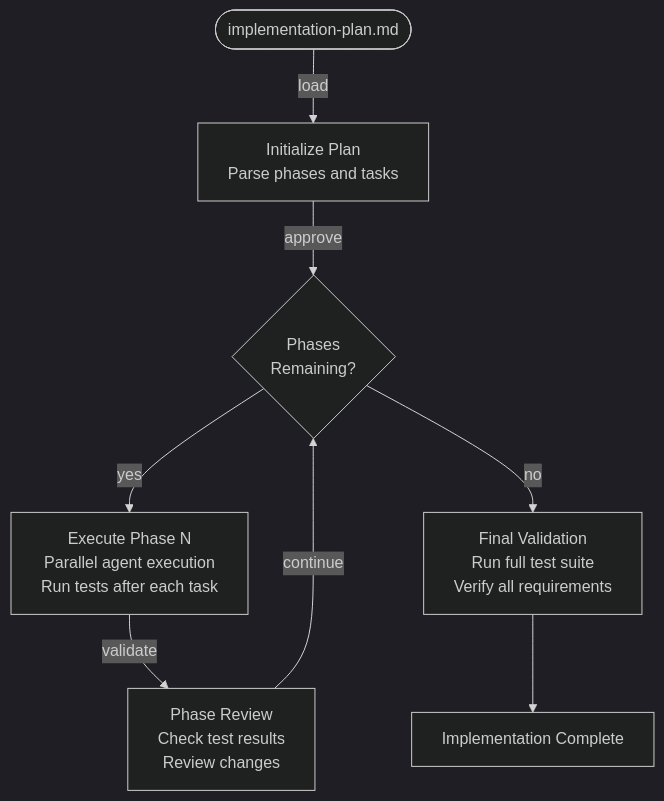
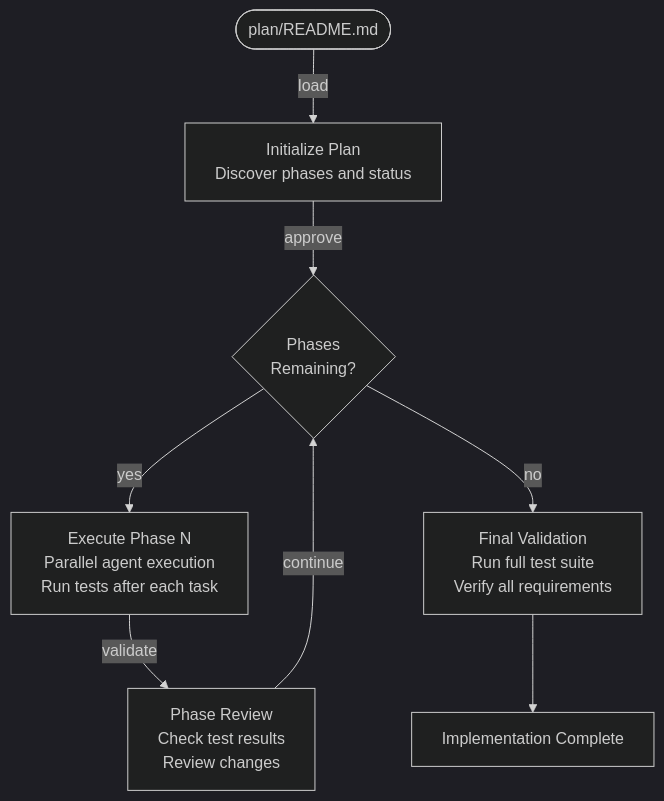
The second of 10 diagrams in plugins/start/README.md (rsmdt/the-startup), drawn with Mermaid (dark theme) before and after one commit. The commit also changed other lines of this file and 32 other files, not shown here.

````diff
--- a/plugins/start/README.md
+++ b/plugins/start/README.md
@@ -99,10 +99,10 @@
 ```mermaid
 flowchart TD
-    A([implementation-plan.md]) --> |load| B[Initialize Plan<br/>Parse phases and tasks]
+    A([plan/README.md]) --> |load| B[Initialize Plan<br/>Discover phases and status]
     B --> |approve| C{Phases<br>Remaining?}
     C --> |yes| D[Execute Phase N<br/>Parallel agent execution<br/>Run tests after each task]
     D --> |validate| E[Phase Review<br/>Check test results<br/>Review changes]
     E --> |continue| C
     C --> |no| F[Final Validation<br/>Run full test suite<br/>Verify all requirements]
     F --> END[Implementation Complete]
 ```
````
